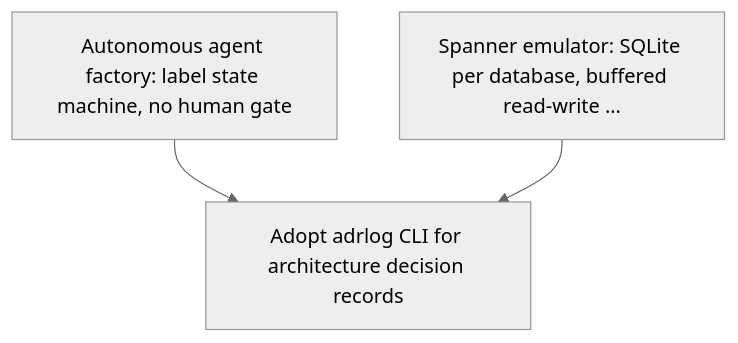
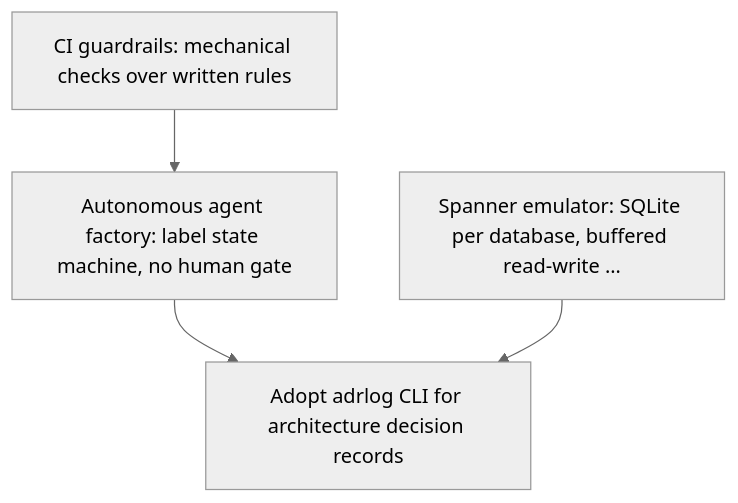
One commit to GuitarWag/gcp-local changed the diagram in docs/adr/README.md. Above: the diagram before and after it, drawn with Mermaid (neutral theme). The commit also changed other lines of this file and 29 other files, not shown here.

First line of the commit message:
ci: guardrails for autonomous agents

````diff
--- a/docs/adr/README.md
+++ b/docs/adr/README.md
@@ -13,8 +14,10 @@
 ```mermaid
 graph TD
-  n0["Autonomous agent factory: label state machine, no human gate"]
-  n1["Spanner emulator: SQLite per database, buffered read-write …"]
-  n2["Adopt adrlog CLI for architecture decision records"]
-  n0 --> n2
-  n1 --> n2
+  n0["CI guardrails: mechanical checks over written rules"]
+  n1["Autonomous agent factory: label state machine, no human gate"]
+  n2["Spanner emulator: SQLite per database, buffered read-write …"]
+  n3["Adopt adrlog CLI for architecture decision records"]
+  n0 --> n1
+  n1 --> n3
+  n2 --> n3
 ```
````
